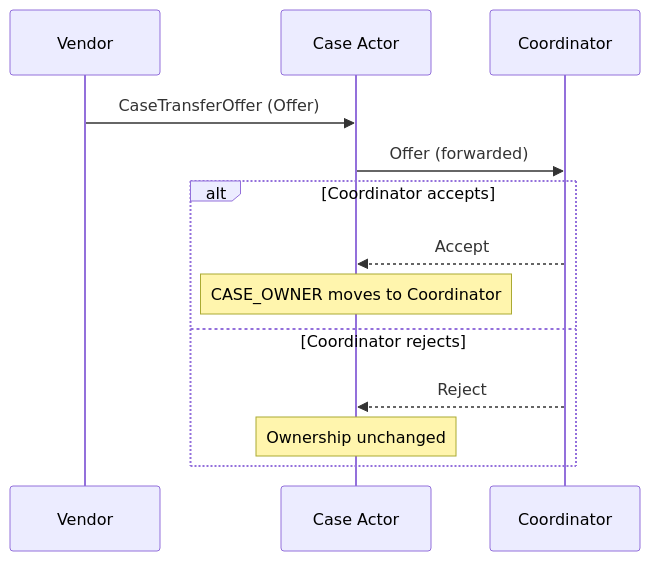
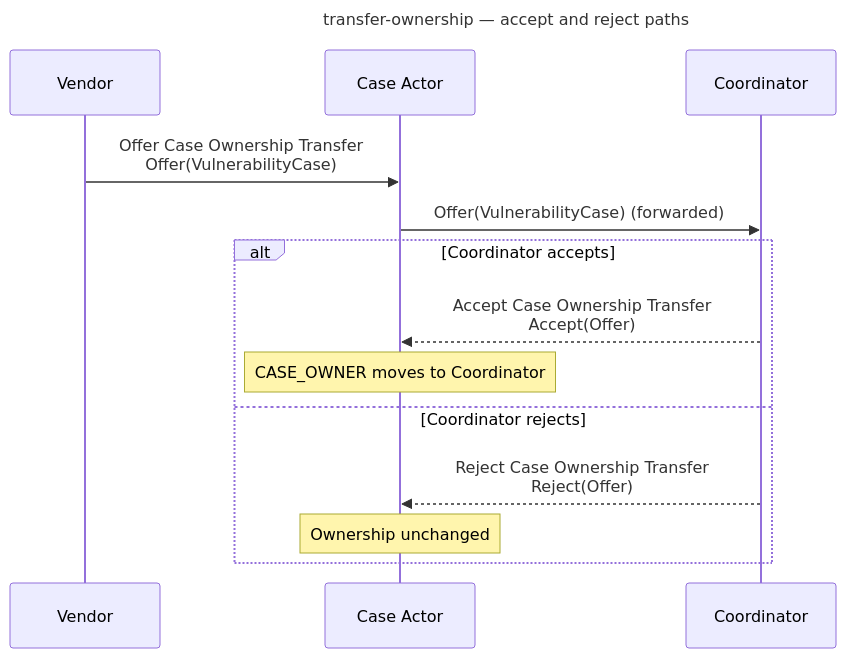
The fourth of 8 diagrams in docs/tutorials/other_demos.md (CERTCC/Vultron), drawn with Mermaid before and after one commit. The commit also changed other lines of this file and 24 other files, not shown here.

````diff
--- a/docs/tutorials/other_demos.md
+++ b/docs/tutorials/other_demos.md
@@ -210,16 +200,19 @@
 ```mermaid
+---
+title: transfer-ownership — accept and reject paths
+---
 sequenceDiagram
     participant V as Vendor
     participant CA as Case Actor
     participant C as Coordinator
 
-    V->>CA: CaseTransferOffer (Offer)
-    CA->>C: Offer (forwarded)
+    V->>CA: Offer Case Ownership Transfer<br/>Offer(VulnerabilityCase)
+    CA->>C: Offer(VulnerabilityCase) (forwarded)
     alt Coordinator accepts
-        C-->>CA: Accept
+        C-->>CA: Accept Case Ownership Transfer<br/>Accept(Offer)
         Note over CA: CASE_OWNER moves to Coordinator
     else Coordinator rejects
-        C-->>CA: Reject
+        C-->>CA: Reject Case Ownership Transfer<br/>Reject(Offer)
         Note over CA: Ownership unchanged
     end
 ```
````
